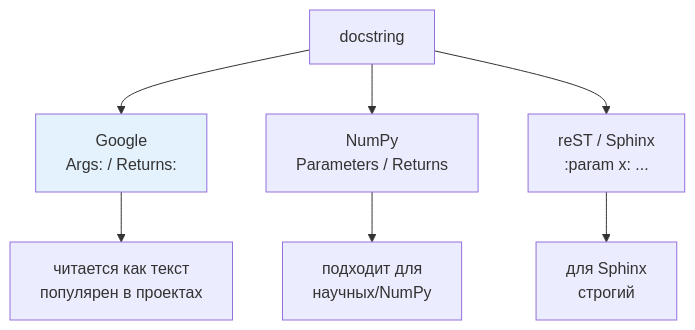
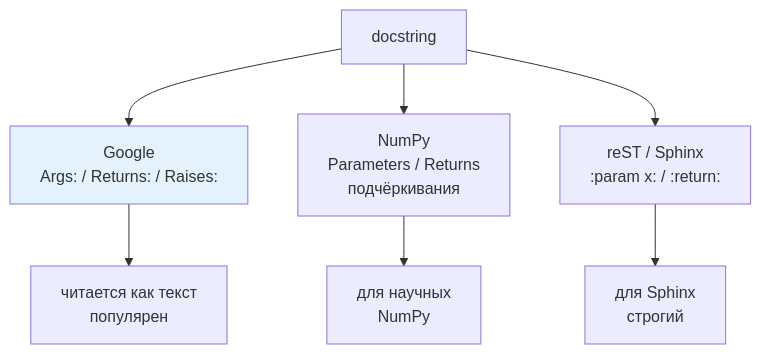
Before and after one commit to JayStorm228/College: the first of 2 diagrams in 02_Курсы/01. Инженерные практики Python/01_Лекции/15. Docstring.md, drawn with Mermaid. The commit also changed other lines of this file and 7 other files, not shown here.

First line of the commit message:
инженерка 09,11-17: перепись разжёвано + диаграммы

````diff
--- a/02_Курсы/01. Инженерные практики Python/01_Лекции/15. Docstring.md
+++ b/02_Курсы/01. Инженерные практики Python/01_Лекции/15. Docstring.md
@@ -132,10 +100,10 @@
 ```mermaid
 flowchart TD
-  A[docstring] --> B[Google<br>Args: / Returns:]
-  A --> C[NumPy<br>Parameters / Returns]
-  A --> D[reST / Sphinx<br>:param x: ...]
-  B --> E[читается как текст<br>популярен в проектах]
-  C --> F[подходит для<br>научных/NumPy]
+  A[docstring] --> B[Google<br>Args: / Returns: / Raises:]
+  A --> C[NumPy<br>Parameters / Returns<br>подчёркивания]
+  A --> D[reST / Sphinx<br>:param x: / :return:]
+  B --> E[читается как текст<br>популярен]
+  C --> F[для научных<br>NumPy]
   D --> G[для Sphinx<br>строгий]
   style B fill:#e3f2fd
 ```
````
